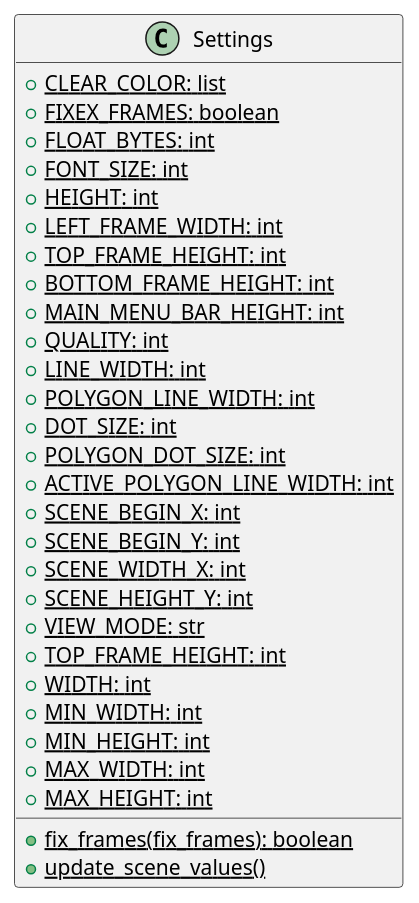
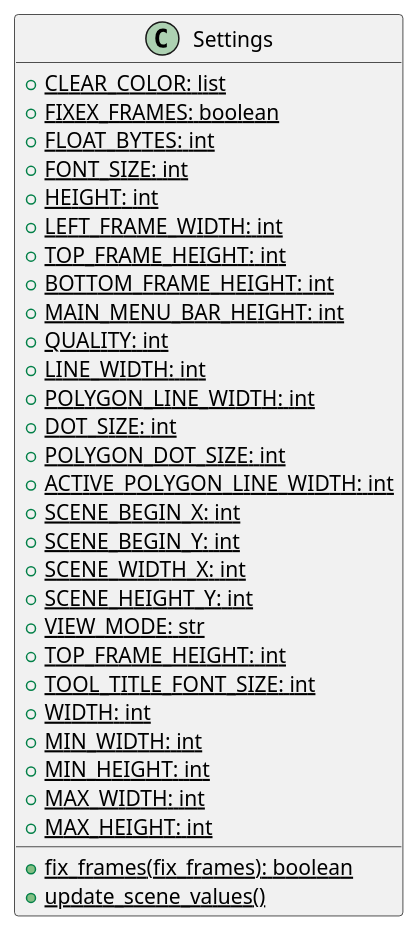
The diagram in docs/classes/Settings.puml (ferpoble2/Relief_Creator), drawn with PlantUML before and after one commit. The commit also changed 7 other files, not shown here.

Commit message:
Changed the font size of the names of the tools

```diff
--- a/docs/classes/Settings.puml
+++ b/docs/classes/Settings.puml
@@ -1,32 +1,33 @@
 @startuml
 class Settings  {
     {static} + CLEAR_COLOR: list
     {static} + fix_frames(fix_frames): boolean
     {static} + FIXEX_FRAMES: boolean
     {static} + FLOAT_BYTES: int
     {static} + FONT_SIZE: int
     {static} + HEIGHT: int
     {static} + LEFT_FRAME_WIDTH: int
     {static} + TOP_FRAME_HEIGHT: int
     {static} + BOTTOM_FRAME_HEIGHT: int
     {static} + MAIN_MENU_BAR_HEIGHT: int
     {static} + QUALITY: int
     {static} + LINE_WIDTH: int
     {static} + POLYGON_LINE_WIDTH: int
     {static} + DOT_SIZE: int
     {static} + POLYGON_DOT_SIZE: int
     {static} + ACTIVE_POLYGON_LINE_WIDTH: int
     {static} + SCENE_BEGIN_X: int
     {static} + SCENE_BEGIN_Y: int
     {static} + SCENE_WIDTH_X: int
     {static} + SCENE_HEIGHT_Y: int
     {static} + VIEW_MODE: str
     {static} + TOP_FRAME_HEIGHT: int
+    {static} + TOOL_TITLE_FONT_SIZE: int
     {static} + WIDTH: int
     {static} + MIN_WIDTH: int
     {static} + MIN_HEIGHT: int
     {static} + MAX_WIDTH: int
     {static} + MAX_HEIGHT: int
     {static} + update_scene_values()
 }
 @enduml
```
